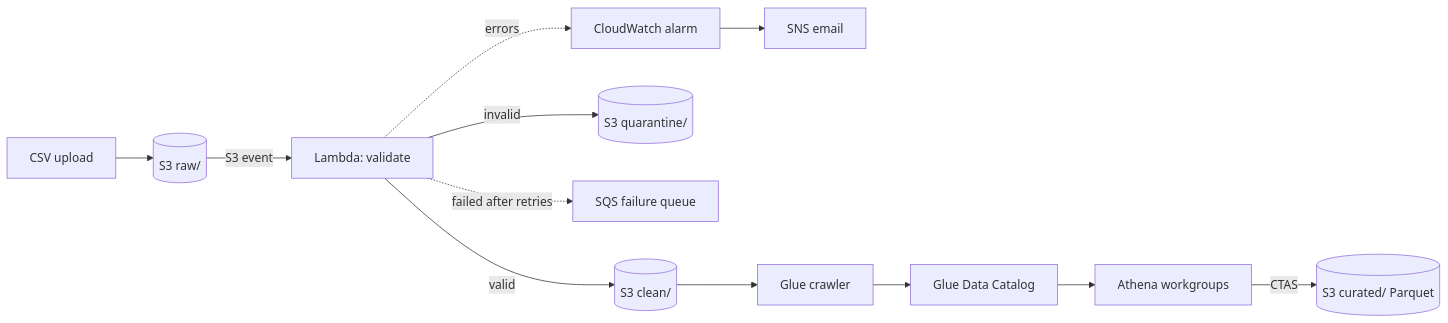
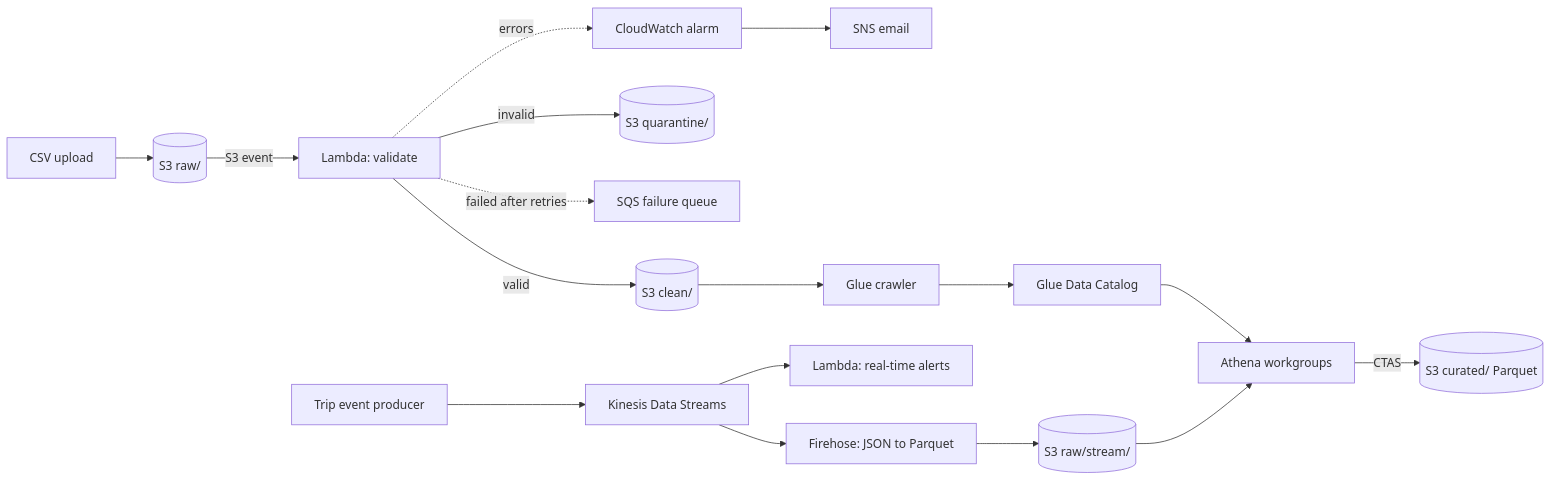
The diagram in README.md (DataPoole/dea-lab), drawn with Mermaid before and after one commit. The commit also changed other lines of this file and 1 other file, not shown here.

````diff
--- a/README.md
+++ b/README.md
@@ -10,12 +10,16 @@
 ```mermaid
 flowchart LR
   U[CSV upload] --> R[(S3 raw/)]
   R -->|S3 event| L[Lambda: validate]
   L -->|valid| C[(S3 clean/)]
   L -->|invalid| Q[(S3 quarantine/)]
   L -.->|failed after retries| D[SQS failure queue]
   L -.->|errors| A[CloudWatch alarm] --> S[SNS email]
   C --> K[Glue crawler] --> G[Glue Data Catalog]
   G --> AT[Athena workgroups]
   AT -->|CTAS| P[(S3 curated/ Parquet)]
+  PR[Trip event producer] --> KS[Kinesis Data Streams]
+  KS --> LB[Lambda: real-time alerts]
+  KS --> FH[Firehose: JSON to Parquet] --> RS[(S3 raw/stream/)]
+  RS --> AT
 ```
````
